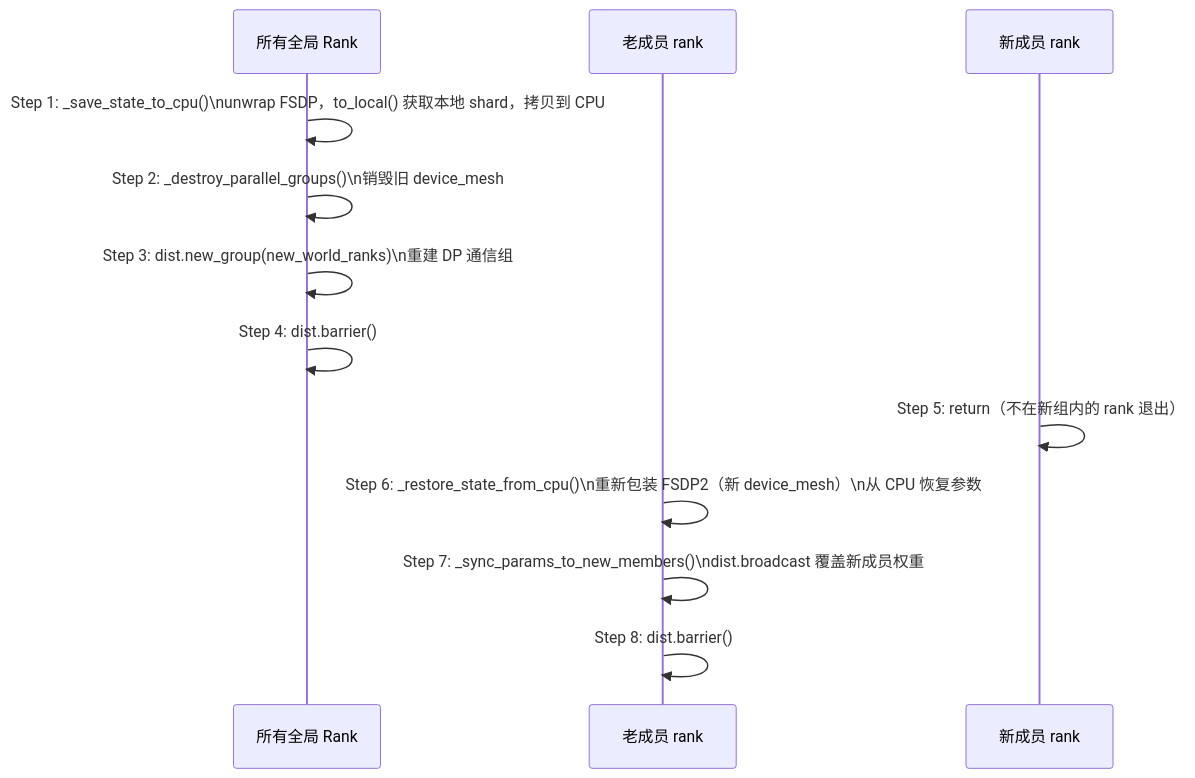
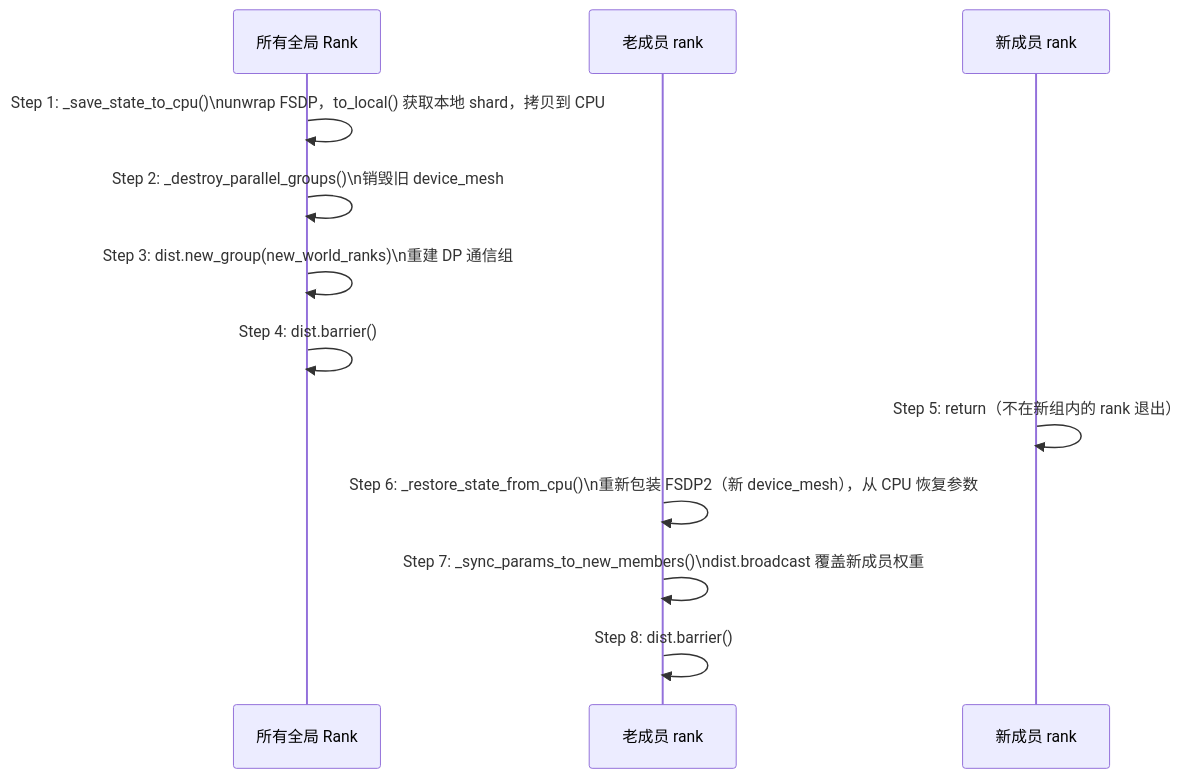
The ninth of 12 diagrams in verl/experimental/elastic_scheduling/README.md (meituan-search/verl), drawn with Mermaid before and after one commit. The commit also changed other lines of this file, not shown here.

````diff
--- a/verl/experimental/elastic_scheduling/README.md
+++ b/verl/experimental/elastic_scheduling/README.md
@@ -302,22 +437,22 @@
 ```mermaid
 sequenceDiagram
     participant ALL as 所有全局 Rank
     participant OLD as 老成员 rank
     participant NEW as 新成员 rank
 
     ALL->>ALL: Step 1: _save_state_to_cpu()\nunwrap FSDP，to_local() 获取本地 shard，拷贝到 CPU
 
     ALL->>ALL: Step 2: _destroy_parallel_groups()\n销毁旧 device_mesh
 
     ALL->>ALL: Step 3: dist.new_group(new_world_ranks)\n重建 DP 通信组
 
     ALL->>ALL: Step 4: dist.barrier()
 
     NEW->>NEW: Step 5: return（不在新组内的 rank 退出）
 
-    OLD->>OLD: Step 6: _restore_state_from_cpu()\n重新包装 FSDP2（新 device_mesh）\n从 CPU 恢复参数
+    OLD->>OLD: Step 6: _restore_state_from_cpu()\n重新包装 FSDP2（新 device_mesh），从 CPU 恢复参数
 
     OLD->>OLD: Step 7: _sync_params_to_new_members()\ndist.broadcast 覆盖新成员权重
 
     OLD->>OLD: Step 8: dist.barrier()
 ```
````
